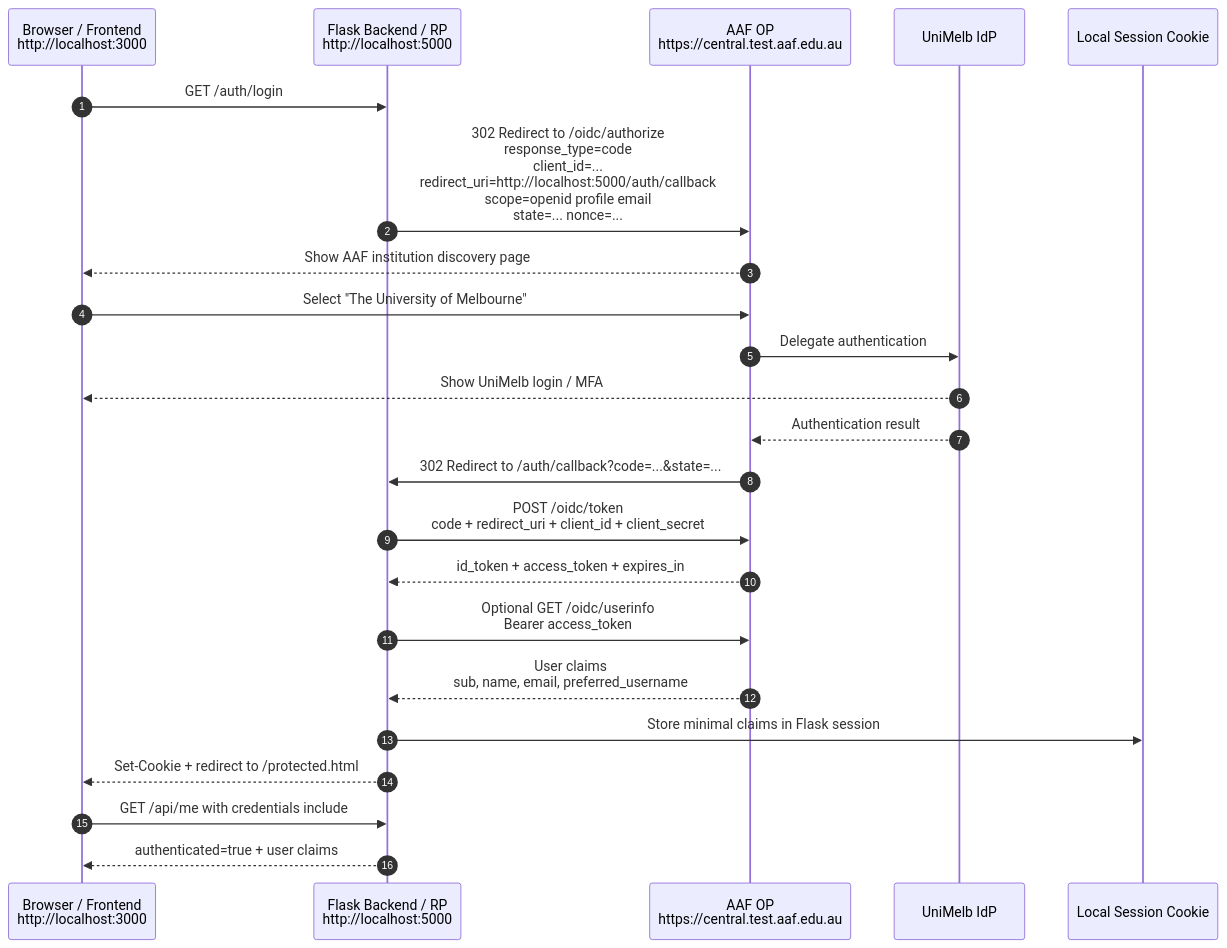
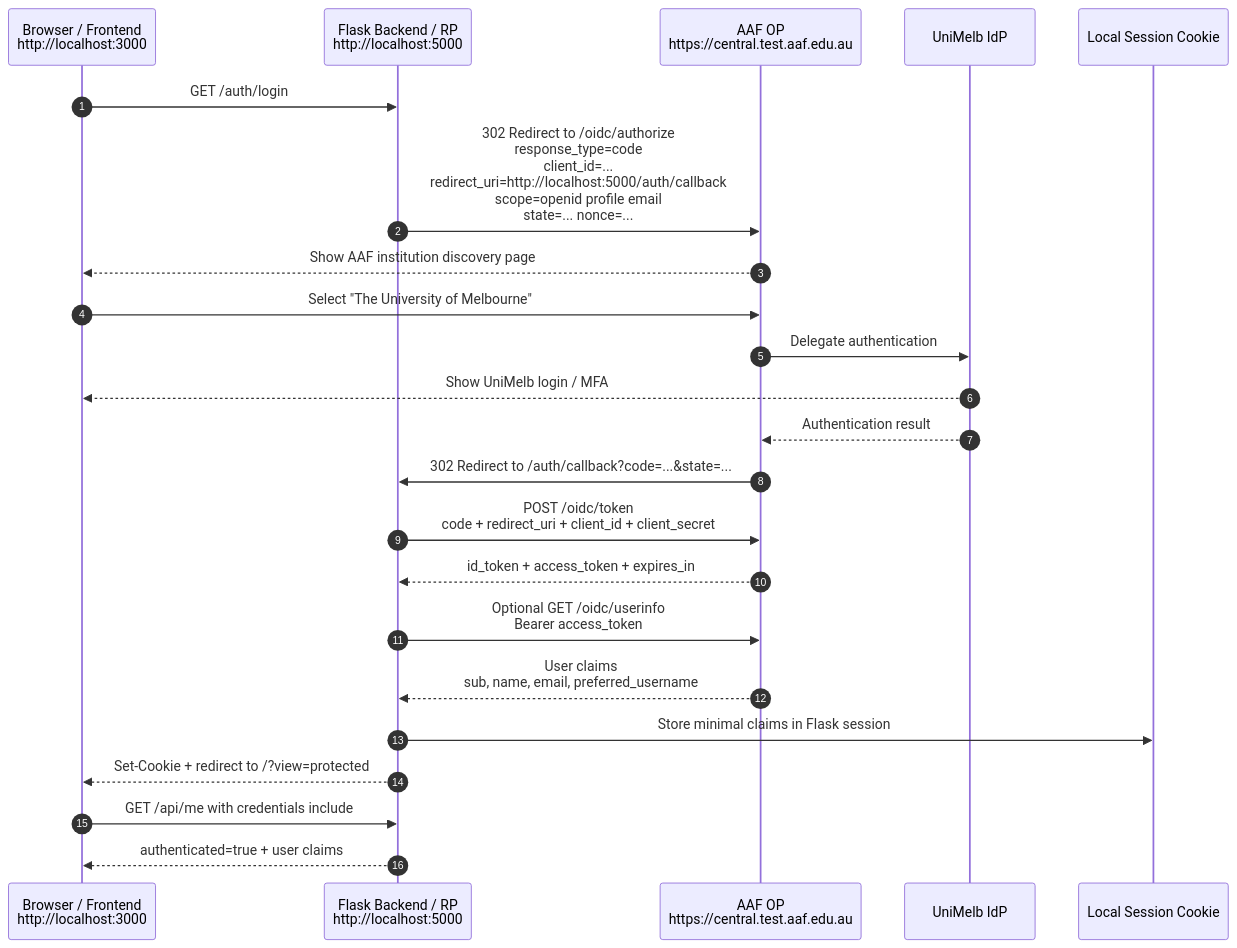
Before and after one commit to umccr/guardians-doc: the diagram in example-projects/aai-aaf-python/README.md, drawn with Mermaid. The commit also changed other lines of this file and 23 other files, not shown here.

````diff
--- a/example-projects/aai-aaf-python/README.md
+++ b/example-projects/aai-aaf-python/README.md
@@ -144,26 +96,26 @@
 ```mermaid
 sequenceDiagram
     autonumber
     participant FE as Browser / Frontend<br/>http://localhost:3000
     participant BE as Flask Backend / RP<br/>http://localhost:5000
     participant AAF as AAF OP<br/>https://central.test.aaf.edu.au
     participant UM as UniMelb IdP
     participant CK as Local Session Cookie
 
     FE->>BE: GET /auth/login
     BE->>AAF: 302 Redirect to /oidc/authorize<br/>response_type=code<br/>client_id=...<br/>redirect_uri=http://localhost:5000/auth/callback<br/>scope=openid profile email<br/>state=... nonce=...
     AAF-->>FE: Show AAF institution discovery page
     FE->>AAF: Select "The University of Melbourne"
     AAF->>UM: Delegate authentication
     UM-->>FE: Show UniMelb login / MFA
     UM-->>AAF: Authentication result
     AAF->>BE: 302 Redirect to /auth/callback?code=...&state=...
     BE->>AAF: POST /oidc/token<br/>code + redirect_uri + client_id + client_secret
     AAF-->>BE: id_token + access_token + expires_in
     BE->>AAF: Optional GET /oidc/userinfo<br/>Bearer access_token
     AAF-->>BE: User claims<br/>sub, name, email, preferred_username
     BE->>CK: Store minimal claims in Flask session
-    BE-->>FE: Set-Cookie + redirect to /protected.html
+    BE-->>FE: Set-Cookie + redirect to /?view=protected
     FE->>BE: GET /api/me with credentials include
     BE-->>FE: authenticated=true + user claims
 ```
````
